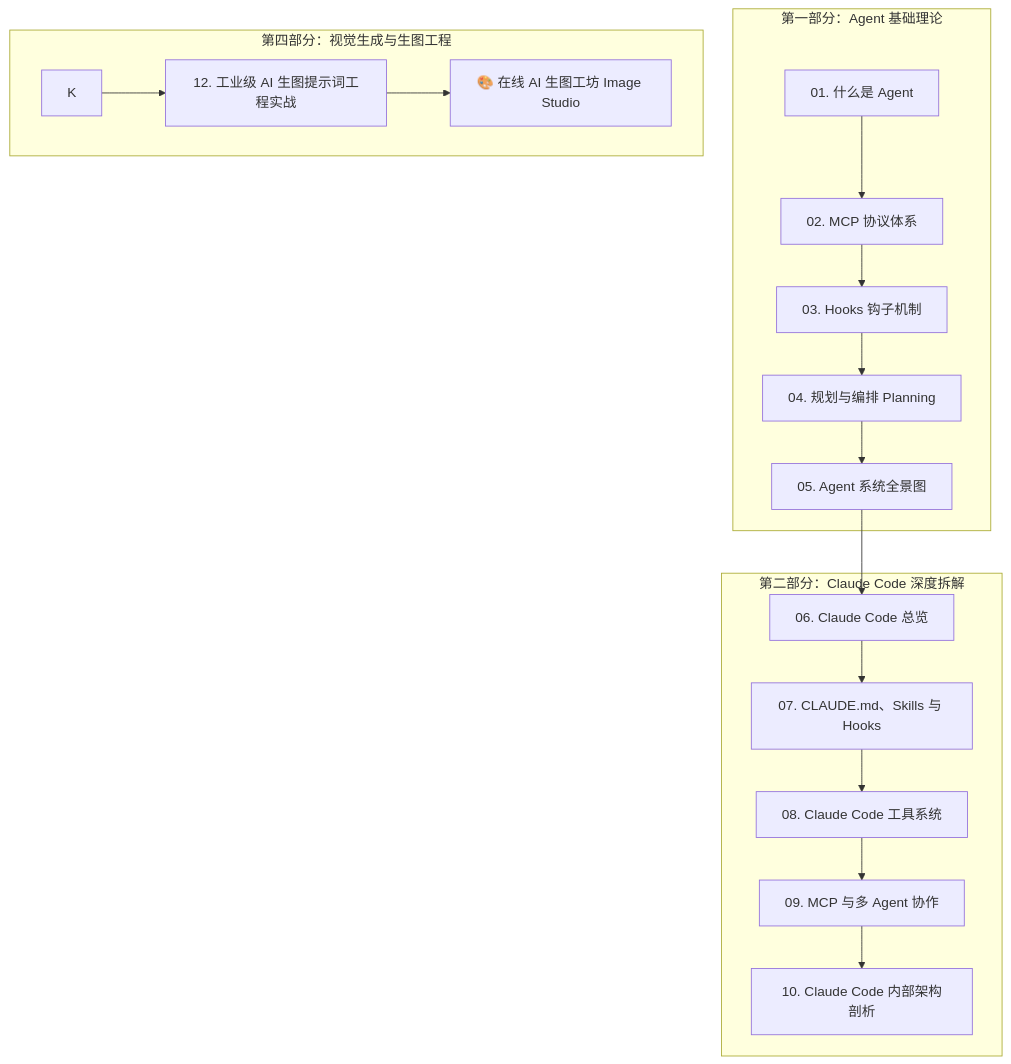
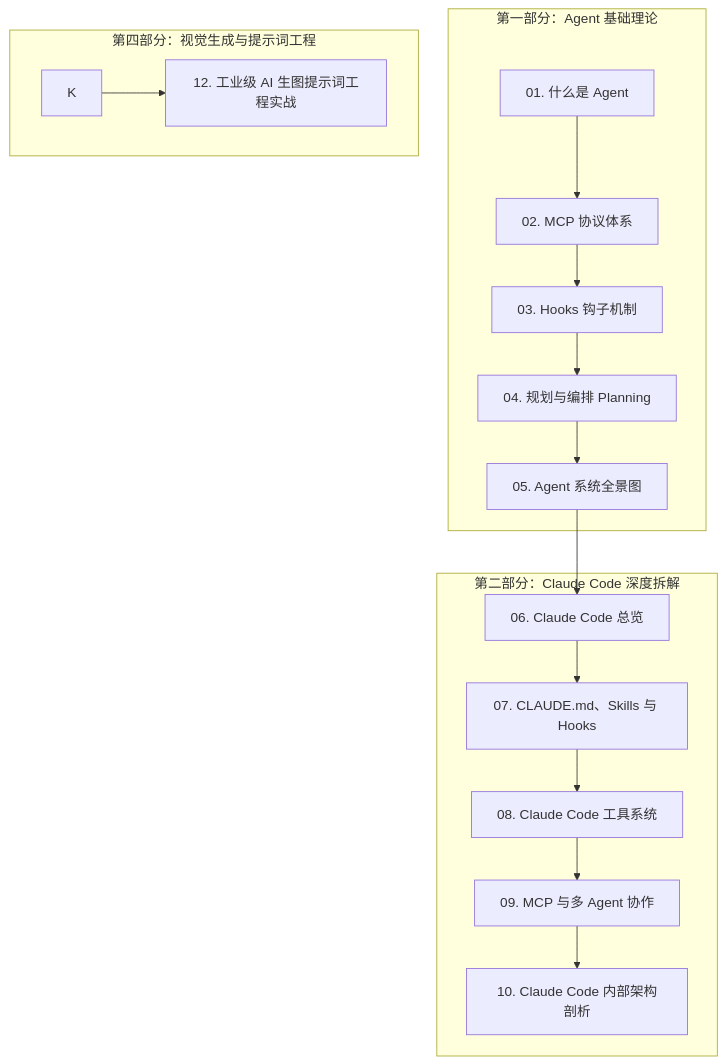
The diagram in docs/ai/index.md (youngxuesong/dev-notes), drawn with Mermaid before and after one commit. The commit also changed other lines of this file and 8 other files, not shown here.

````diff
--- a/docs/ai/index.md
+++ b/docs/ai/index.md
@@ -12,22 +12,21 @@
 ```mermaid
 graph TD
     subgraph Agent_Theory [第一部分：Agent 基础理论]
         A[01. 什么是 Agent] --> B[02. MCP 协议体系]
         B --> C[03. Hooks 钩子机制]
         C --> D[04. 规划与编排 Planning]
         D --> E[05. Agent 系统全景图]
     end
 
     subgraph Claude_Code_Architecture [第二部分：Claude Code 深度拆解]
         E --> F[06. Claude Code 总览]
         F --> G[07. CLAUDE.md、Skills 与 Hooks]
         G --> H[08. Claude Code 工具系统]
         H --> I[09. MCP 与多 Agent 协作]
         I --> J[10. Claude Code 内部架构剖析]
     end
 
-    subgraph Vision_Engineering [第四部分：视觉生成与生图工程]
+    subgraph Vision_Engineering [第四部分：视觉生成与提示词工程]
         K --> L[12. 工业级 AI 生图提示词工程实战]
-        L --> M[🎨 在线 AI 生图工坊 Image Studio]
     end
 ```
````
